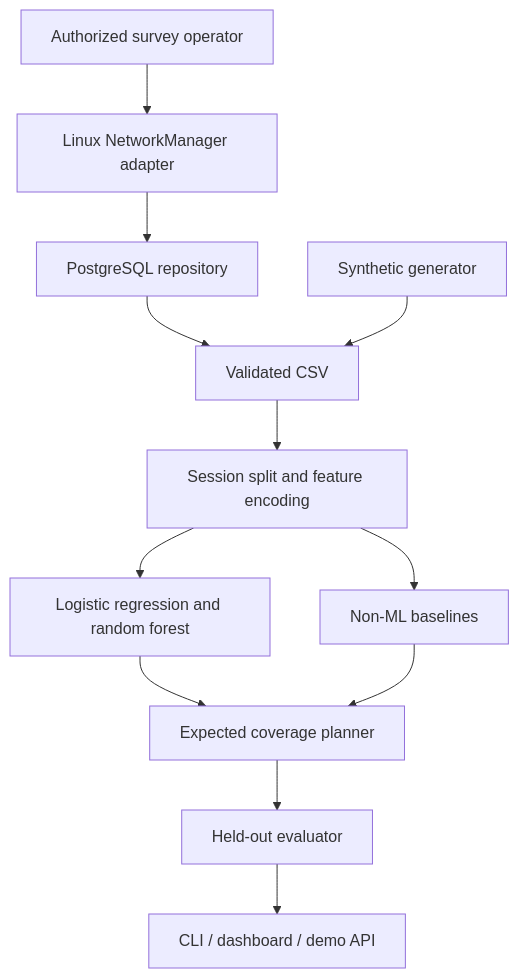
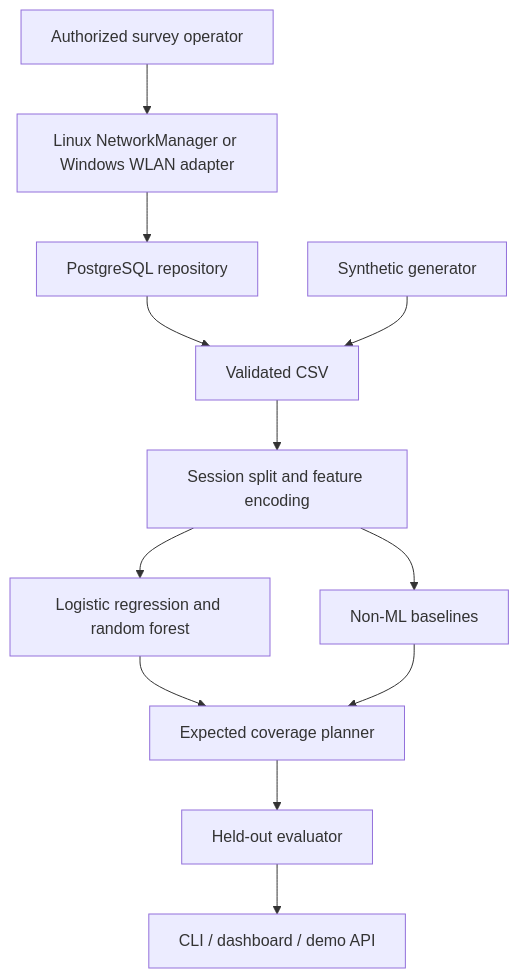
One commit to BharatYadav007/SpectraSeek changed the diagram in docs/SPECIFICATION.md. Above: the diagram before and after it, drawn with Mermaid. The commit also changed other lines of this file and 9 other files, not shown here.

````diff
--- a/docs/SPECIFICATION.md
+++ b/docs/SPECIFICATION.md
@@ -23,14 +23,14 @@
 ```mermaid
 flowchart TD
-    A[Authorized survey operator] --> B[Linux NetworkManager adapter]
+    A[Authorized survey operator] --> B[Linux NetworkManager or Windows WLAN adapter]
     B --> C[PostgreSQL repository]
     C --> D[Validated CSV]
     E[Synthetic generator] --> D
     D --> F[Session split and feature encoding]
     F --> G[Logistic regression and random forest]
     F --> H[Non-ML baselines]
     G --> I[Expected coverage planner]
     H --> I
     I --> J[Held-out evaluator]
     J --> K[CLI / dashboard / demo API]
 ```
````
